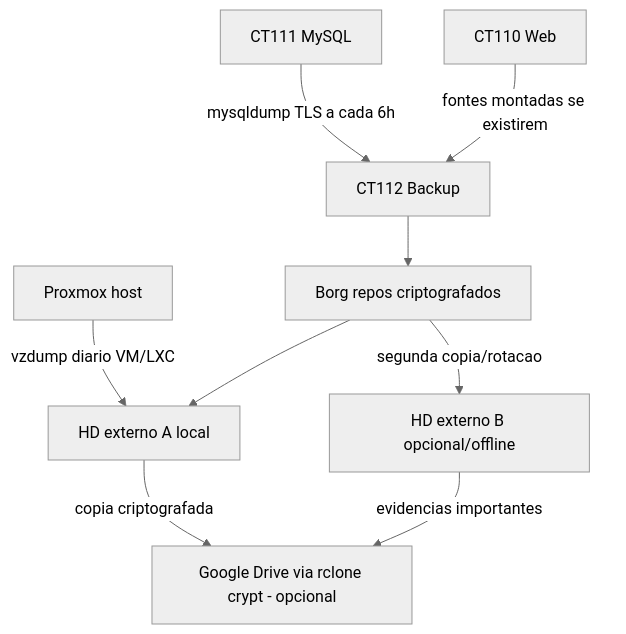
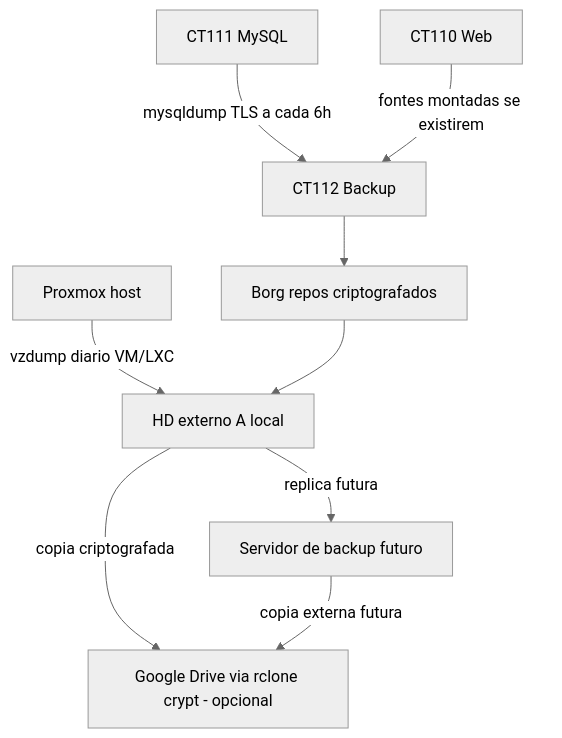
The fifth of 6 diagrams in docs/18-DIAGRAMAS-E-MATRIZES.md (jagrom-max/Grom_Server), drawn with Mermaid (neutral theme) before and after one commit. The commit also changed other lines of this file and 31 other files, not shown here.

````diff
--- a/docs/18-DIAGRAMAS-E-MATRIZES.md
+++ b/docs/18-DIAGRAMAS-E-MATRIZES.md
@@ -113,20 +117,20 @@
 ```mermaid
 flowchart TD
     DB[CT111 MySQL]
     WEB[CT110 Web]
     PVE[Proxmox host]
     BAK[CT112 Backup]
     Borg[Borg repos criptografados]
     HD[HD externo A local]
-    HD2[HD externo B opcional/offline]
+    Future[Servidor de backup futuro]
     Drive[Google Drive via rclone crypt - opcional]
 
     DB -->|mysqldump TLS a cada 6h| BAK
     WEB -->|fontes montadas se existirem| BAK
     PVE -->|vzdump diario VM/LXC| HD
     BAK --> Borg
     Borg --> HD
-    Borg -->|segunda copia/rotacao| HD2
+    HD -->|replica futura| Future
     HD -->|copia criptografada| Drive
-    HD2 -->|evidencias importantes| Drive
+    Future -->|copia externa futura| Drive
 ```
````
